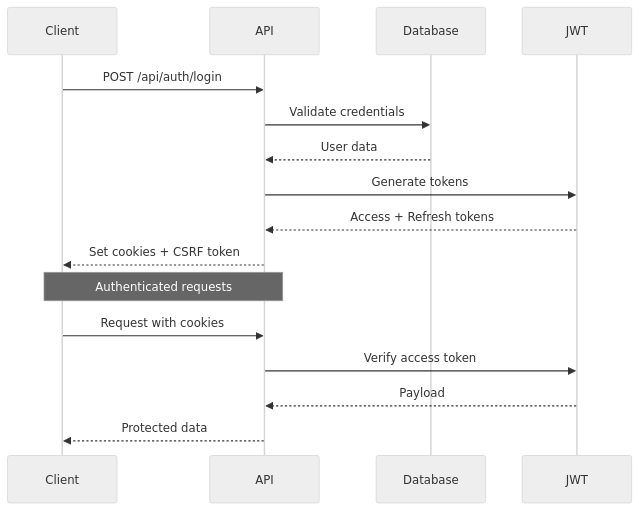
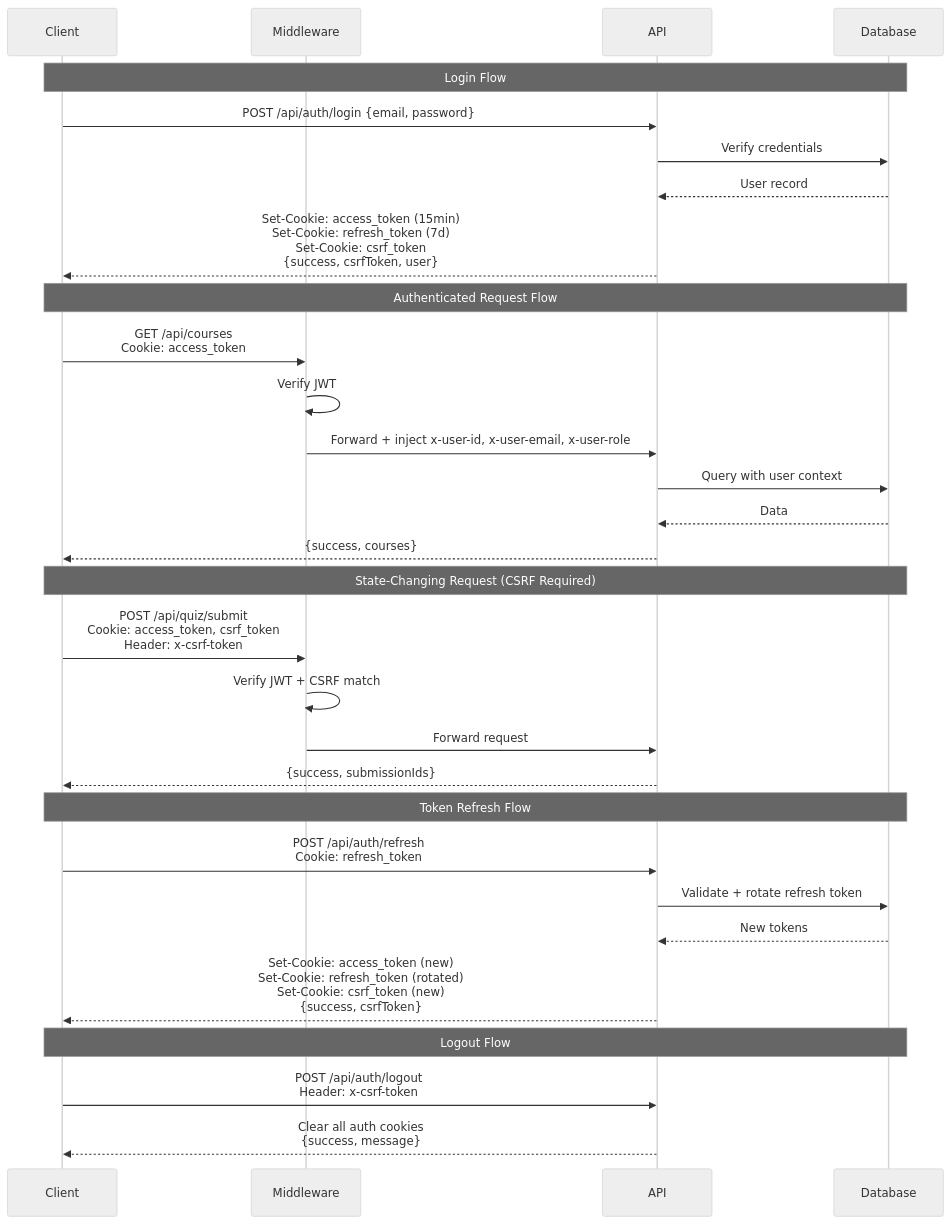
The diagram in docs/API_REFERENCE.md (GlennAyden/PrincipleLearnV2), drawn with Mermaid (neutral theme) before and after one commit. The commit also changed other lines of this file and 27 other files, not shown here.

````diff
--- a/docs/API_REFERENCE.md
+++ b/docs/API_REFERENCE.md
@@ -47,21 +149,37 @@
 ```mermaid
 sequenceDiagram
     participant Client
+    participant Middleware
     participant API
     participant Database
-    participant JWT
 
-    Client->>API: POST /api/auth/login
-    API->>Database: Validate credentials
-    Database-->>API: User data
-    API->>JWT: Generate tokens
-    JWT-->>API: Access + Refresh tokens
-    API-->>Client: Set cookies + CSRF token
-    
-    Note over Client,API: Authenticated requests
-    
-    Client->>API: Request with cookies
-    API->>JWT: Verify access token
-    JWT-->>API: Payload
-    API-->>Client: Protected data
+    Note over Client,Database: Login Flow
+    Client->>API: POST /api/auth/login {email, password}
+    API->>Database: Verify credentials
+    Database-->>API: User record
+    API-->>Client: Set-Cookie: access_token (15min)<br/>Set-Cookie: refresh_token (7d)<br/>Set-Cookie: csrf_token<br/>{success, csrfToken, user}
+
+    Note over Client,Database: Authenticated Request Flow
+    Client->>Middleware: GET /api/courses<br/>Cookie: access_token
+    Middleware->>Middleware: Verify JWT
+    Middleware->>API: Forward + inject x-user-id, x-user-email, x-user-role
+    API->>Database: Query with user context
+    Database-->>API: Data
+    API-->>Client: {success, courses}
+
+    Note over Client,Database: State-Changing Request (CSRF Required)
+    Client->>Middleware: POST /api/quiz/submit<br/>Cookie: access_token, csrf_token<br/>Header: x-csrf-token
+    Middleware->>Middleware: Verify JWT + CSRF match
+    Middleware->>API: Forward request
+    API-->>Client: {success, submissionIds}
+
+    Note over Client,Database: Token Refresh Flow
+    Client->>API: POST /api/auth/refresh<br/>Cookie: refresh_token
+    API->>Database: Validate + rotate refresh token
+    Database-->>API: New tokens
+    API-->>Client: Set-Cookie: access_token (new)<br/>Set-Cookie: refresh_token (rotated)<br/>Set-Cookie: csrf_token (new)<br/>{success, csrfToken}
+
+    Note over Client,Database: Logout Flow
+    Client->>API: POST /api/auth/logout<br/>Header: x-csrf-token
+    API-->>Client: Clear all auth cookies<br/>{success, message}
 ```
````
